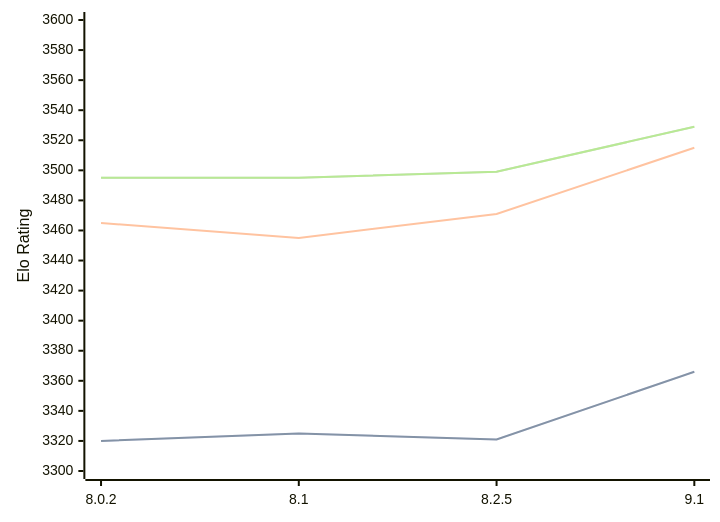
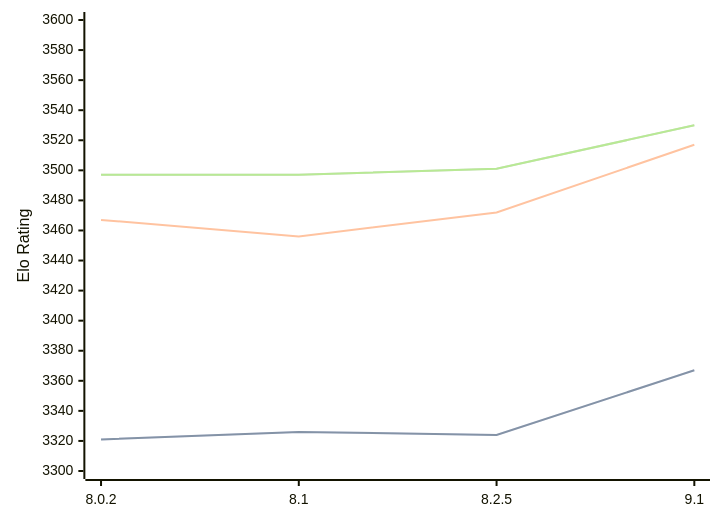
One commit to computer-chess-index/cci changed the diagram in engines/Clover.md. Above: the diagram before and after it, drawn with Mermaid. The commit also changed other lines of this file, not shown here.

Commit message:
Update CCI Ratings (ELO VLTC) - 2026-06-11

````diff
--- a/engines/Clover.md
+++ b/engines/Clover.md
@@ -64,11 +64,11 @@
 ```mermaid
 %%{init: {"theme":"base","themeVariables":{"seriesColors:['#a3a3a3','#222221','#faa371']}}}%%
 xychart-beta
   x-axis ["8.0.2", "8.1", "8.2.5", "9.1"]
   y-axis "Elo Rating" 3300 --> 3600
-  line "STC (8.0+0.08s)" [3320, 3325, 3321, 3366]
-  line "STC (8.0+0.08s)" [3320, 3325, 3321, 3366]
-  line "LTC (60.0+0.60s)" [3465, 3455, 3471, 3515]
-  line "VLTC (2m24s+1.12s)" [3495, 3495, 3499, 3529]
-  line "VLTC (2m24s+1.12s)" [3495, 3495, 3499, 3529]
+  line "STC (8.0+0.08s)" [3321, 3326, 3324, 3367]
+  line "STC (8.0+0.08s)" [3321, 3326, 3324, 3367]
+  line "LTC (60.0+0.60s)" [3467, 3456, 3472, 3517]
+  line "VLTC (2m24s+1.12s)" [3497, 3497, 3501, 3530]
+  line "VLTC (2m24s+1.12s)" [3497, 3497, 3501, 3530]
 ```
````
